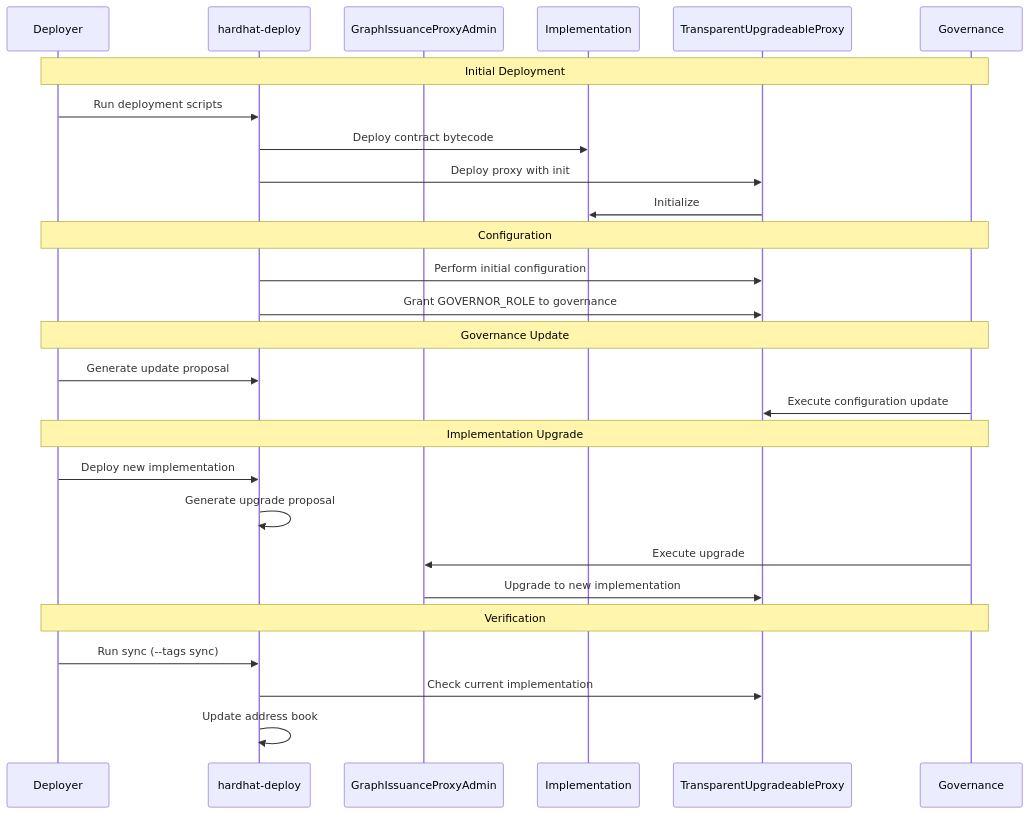
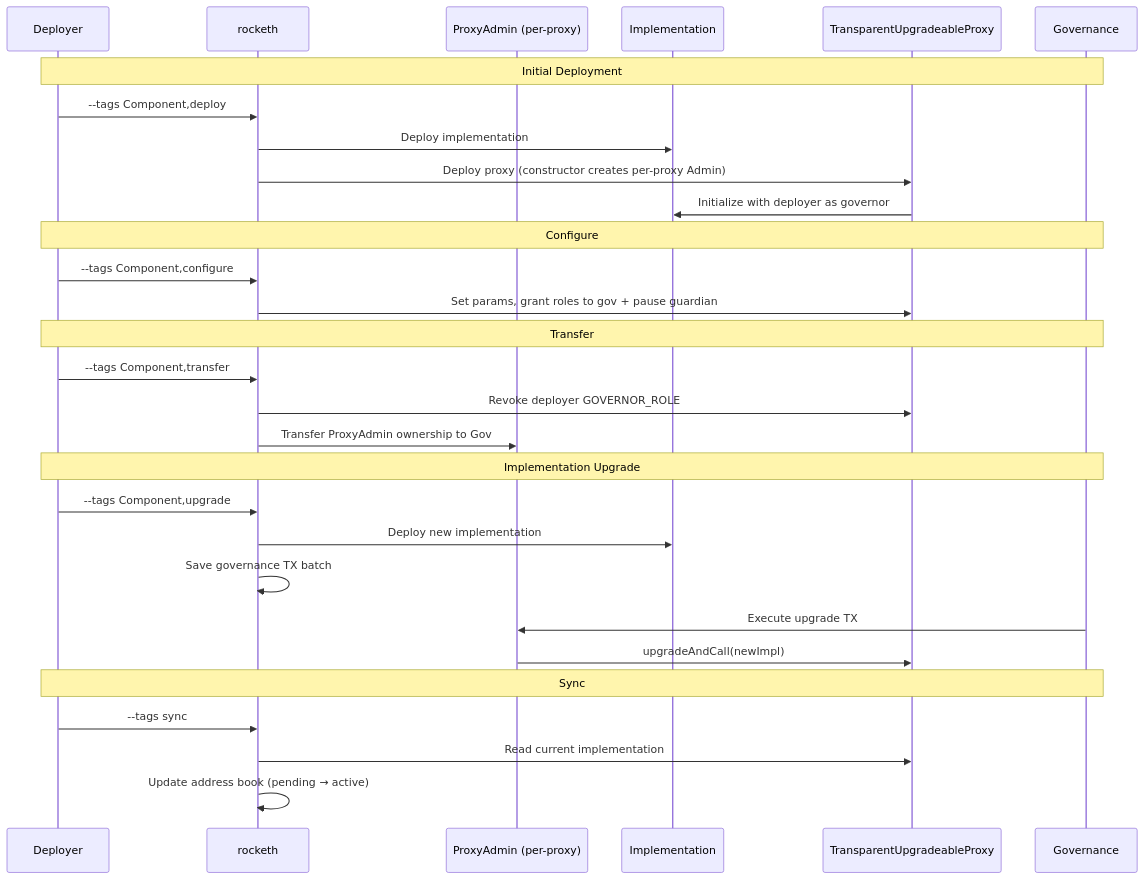
Before and after one commit to graphprotocol/contracts: the sixth of 6 diagrams in packages/deployment/docs/Design.md, drawn with Mermaid. The commit also changed other lines of this file and 172 other files, not shown here.

````diff
--- a/packages/deployment/docs/Design.md
+++ b/packages/deployment/docs/Design.md
@@ -206,34 +201,36 @@
 ```mermaid
 sequenceDiagram
     participant Deployer
-    participant Deploy as hardhat-deploy
-    participant Admin as GraphIssuanceProxyAdmin
+    participant Deploy as rocketh
+    participant Admin as ProxyAdmin (per-proxy)
     participant Impl as Implementation
     participant Proxy as TransparentUpgradeableProxy
     participant Gov as Governance
 
     Note over Deployer,Gov: Initial Deployment
-    Deployer->>Deploy: Run deployment scripts
-    Deploy->>Impl: Deploy contract bytecode
-    Deploy->>Proxy: Deploy proxy with init
-    Proxy->>Impl: Initialize
+    Deployer->>Deploy: --tags Component,deploy
+    Deploy->>Impl: Deploy implementation
+    Deploy->>Proxy: Deploy proxy (constructor creates per-proxy Admin)
+    Proxy->>Impl: Initialize with deployer as governor
 
-    Note over Deployer,Gov: Configuration
-    Deploy->>Proxy: Perform initial configuration
-    Deploy->>Proxy: Grant GOVERNOR_ROLE to governance
+    Note over Deployer,Gov: Configure
+    Deployer->>Deploy: --tags Component,configure
+    Deploy->>Proxy: Set params, grant roles to gov + pause guardian
 
-    Note over Deployer,Gov: Governance Update
-    Deployer->>Deploy: Generate update proposal
-    Gov->>Proxy: Execute configuration update
+    Note over Deployer,Gov: Transfer
+    Deployer->>Deploy: --tags Component,transfer
+    Deploy->>Proxy: Revoke deployer GOVERNOR_ROLE
+    Deploy->>Admin: Transfer ProxyAdmin ownership to Gov
 
     Note over Deployer,Gov: Implementation Upgrade
-    Deployer->>Deploy: Deploy new implementation
-    Deploy->>Deploy: Generate upgrade proposal
-    Gov->>Admin: Execute upgrade
-    Admin->>Proxy: Upgrade to new implementation
+    Deployer->>Deploy: --tags Component,upgrade
+    Deploy->>Impl: Deploy new implementation
+    Deploy->>Deploy: Save governance TX batch
+    Gov->>Admin: Execute upgrade TX
+    Admin->>Proxy: upgradeAndCall(newImpl)
 
-    Note over Deployer,Gov: Verification
-    Deployer->>Deploy: Run sync (--tags sync)
-    Deploy->>Proxy: Check current implementation
-    Deploy->>Deploy: Update address book
+    Note over Deployer,Gov: Sync
+    Deployer->>Deploy: --tags sync
+    Deploy->>Proxy: Read current implementation
+    Deploy->>Deploy: Update address book (pending → active)
 ```
````
